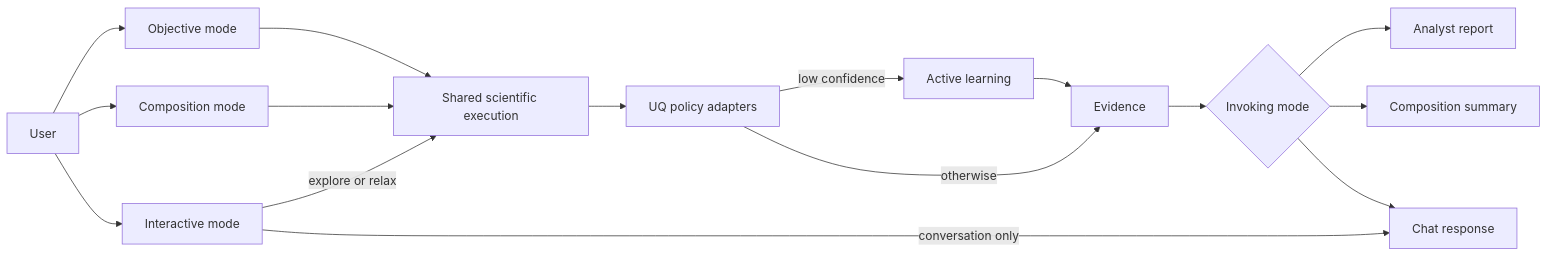
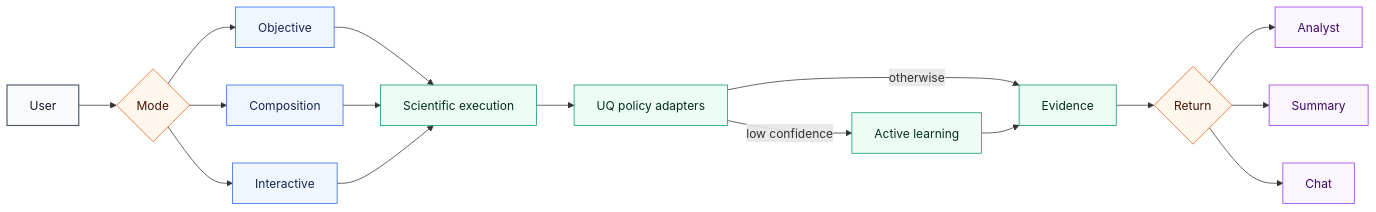
The diagram in docs/workflows/agentic-ai-workflow-slides.md (ORNL/matsim-agents), drawn with Mermaid before and after one commit. The commit also changed 3 other files, not shown here.

Commit message:
Polish workflow diagram layout

````diff
--- a/docs/workflows/agentic-ai-workflow-slides.md
+++ b/docs/workflows/agentic-ai-workflow-slides.md
@@ -5,21 +5,32 @@
 ```mermaid
 flowchart LR
-    U[User] --> O[Objective mode]
-    U --> P[Composition mode]
-    U --> I[Interactive mode]
+    U[User] --> G{Mode}
+    G --> O[Objective]
+    G --> P[Composition]
+    G --> I[Interactive]
 
-    O --> X[Shared scientific execution]
+    O --> X[Scientific execution]
     P --> X
-    I -->|explore or relax| X
-    I -->|conversation only| IR[Chat response]
+    I --> X
 
     X --> Q[UQ policy adapters]
     Q -->|low confidence| AL[Active learning]
     Q -->|otherwise| E[Evidence]
     AL --> E
 
-    E --> R{Invoking mode}
-    R --> OA[Analyst report]
-    R --> PS[Composition summary]
-    R --> IR
+    E --> R{Return}
+    R --> OA[Analyst]
+    R --> PS[Summary]
+    R --> IR[Chat]
+
+    classDef entry fill:#f8fafc,stroke:#475569,color:#0f172a,stroke-width:1.5px
+    classDef mode fill:#eff6ff,stroke:#2563eb,color:#172554
+    classDef science fill:#ecfdf5,stroke:#059669,color:#052e16
+    classDef decision fill:#fff7ed,stroke:#ea580c,color:#431407
+    classDef output fill:#faf5ff,stroke:#9333ea,color:#3b0764
+    class U entry
+    class G,R decision
+    class O,P,I mode
+    class X,Q,AL,E science
+    class OA,PS,IR output
 ```
````
